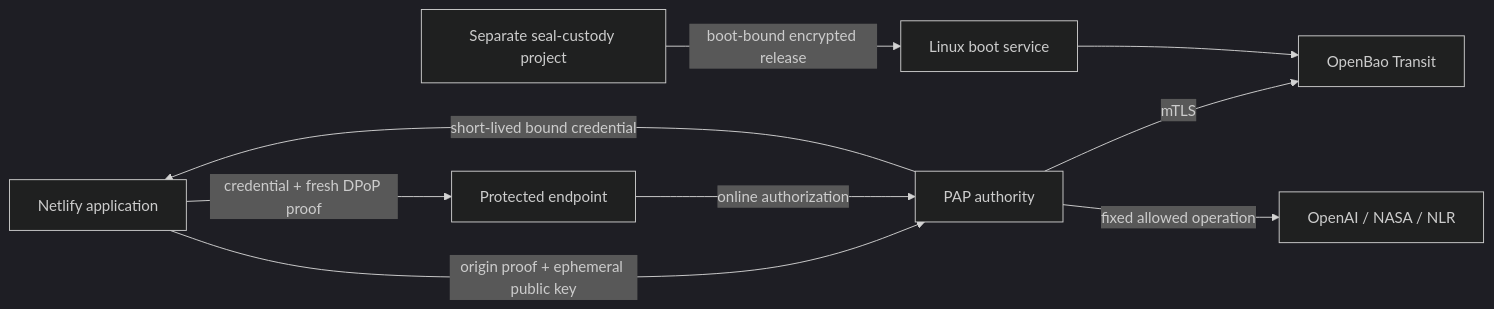
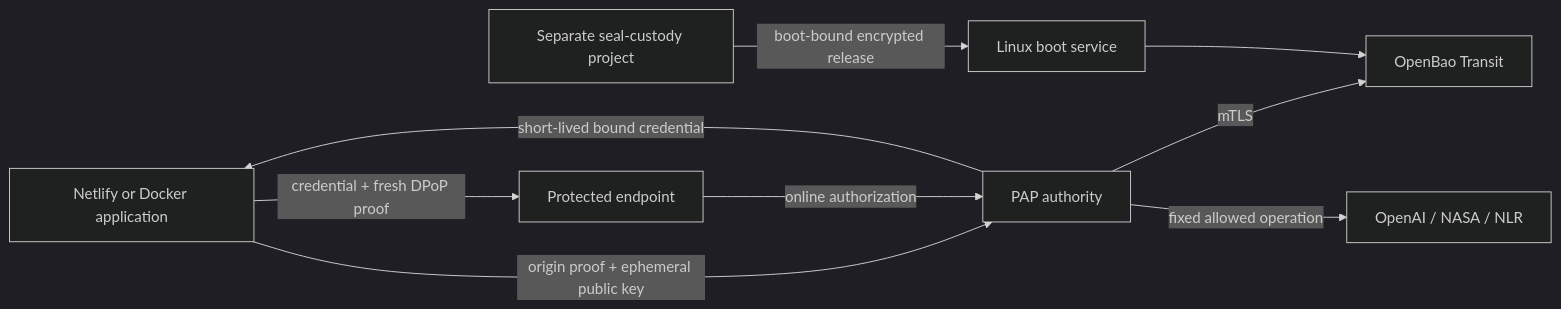
Before and after one commit to adl5423/portable-access: the diagram in README.md, drawn with Mermaid (dark theme). The commit also changed other lines of this file and 43 other files, not shown here.

````diff
--- a/README.md
+++ b/README.md
@@ -13,11 +13,11 @@
 ```mermaid
 flowchart LR
-  App[Netlify application] -->|origin proof + ephemeral public key| Authority[PAP authority]
+  App[Netlify or Docker application] -->|origin proof + ephemeral public key| Authority[PAP authority]
   Authority -->|short-lived bound credential| App
   App -->|credential + fresh DPoP proof| Resource[Protected endpoint]
   Resource -->|online authorization| Authority
   Authority -->|mTLS| KMS[OpenBao Transit]
   Authority -->|fixed allowed operation| APIs[OpenAI / NASA / NLR]
   Custody[Separate seal-custody project] -->|boot-bound encrypted release| Boot[Linux boot service]
   Boot --> KMS
 ```
````
